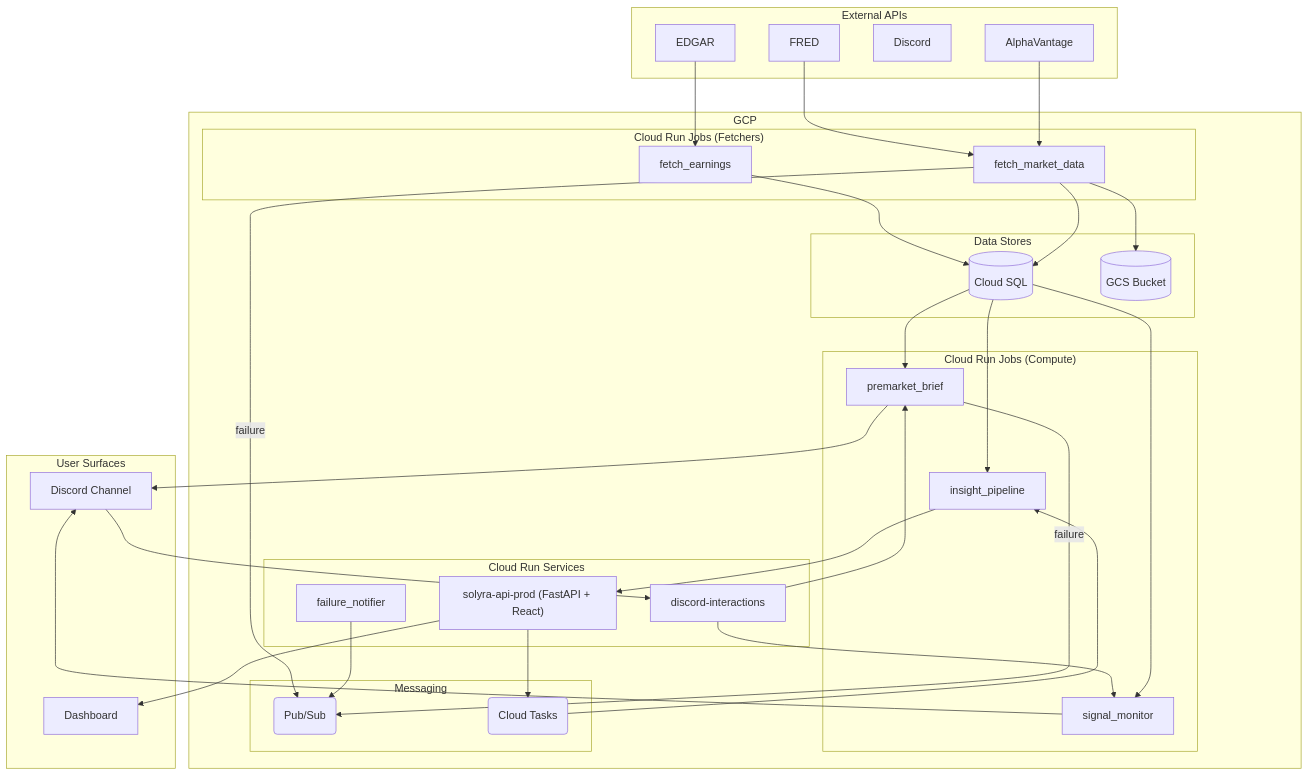
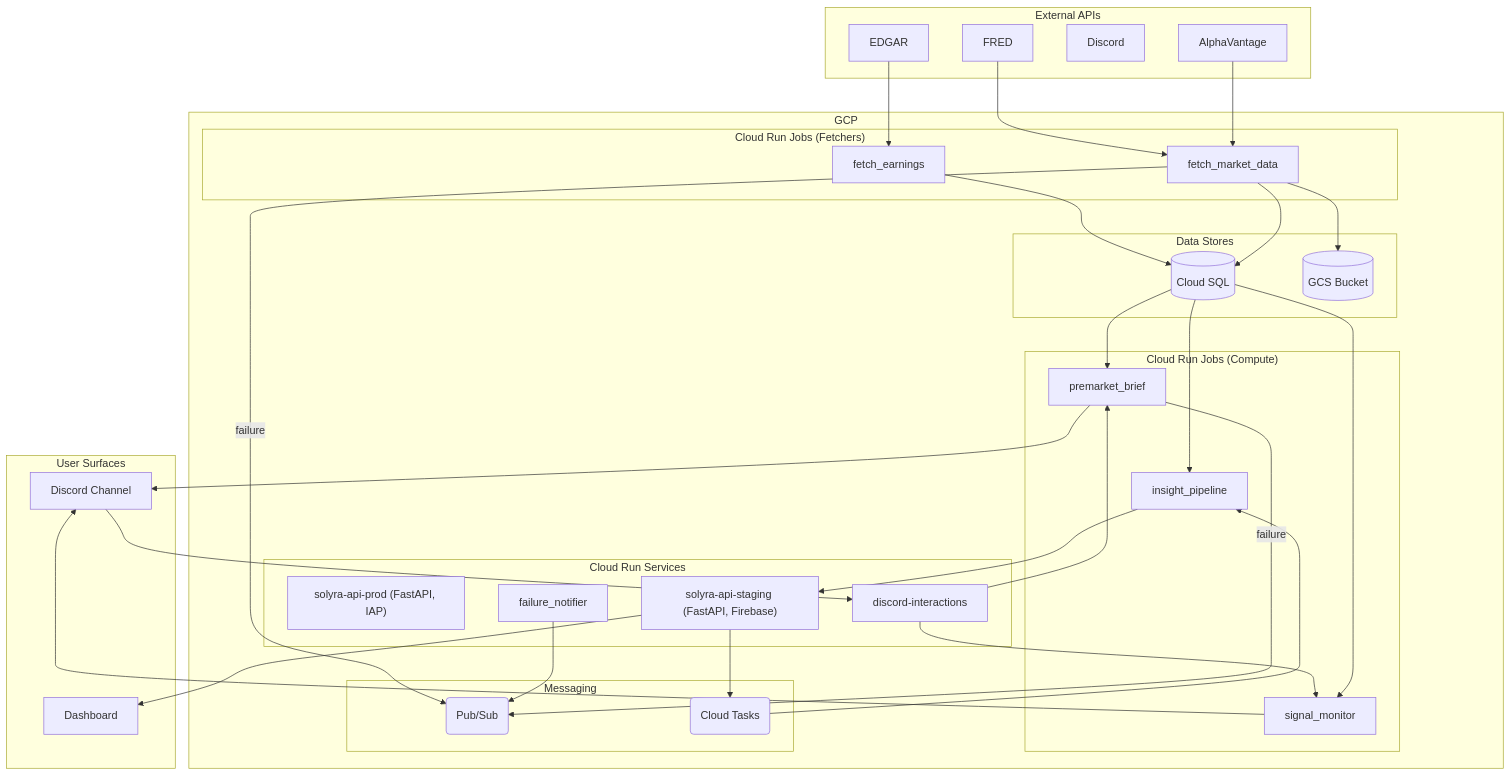
One commit to TeneikaAskew/stocks changed the diagram in ARCHITECTURE.md. Above: the diagram before and after it, drawn with Mermaid. The commit also changed 16 other files, not shown here.

````diff
--- a/ARCHITECTURE.md
+++ b/ARCHITECTURE.md
@@ -69,71 +69,72 @@
 ```mermaid
 flowchart TD
     subgraph External APIs
         AlphaVantage
         FRED
         Discord
         EDGAR
     end
 
     subgraph GCP
         subgraph "Cloud Run Services"
-            trading_platform["solyra-api-prod (FastAPI + React)"]
+            solyra_api_prod["solyra-api-prod (FastAPI, IAP)"]
+            solyra_api_staging["solyra-api-staging (FastAPI, Firebase)"]
             discord_interactions["discord-interactions"]
             failure_notifier
         end
 
         subgraph "Cloud Run Jobs (Fetchers)"
             fetch_market_data
             fetch_earnings
         end
 
         subgraph "Cloud Run Jobs (Compute)"
             premarket_brief
             signal_monitor
             insight_pipeline
         end
 
         subgraph "Data Stores"
             db[(Cloud SQL)]
             gcs[(GCS Bucket)]
         end
 
         subgraph "Messaging"
             pubsub(Pub/Sub)
             tasks(Cloud Tasks)
         end
     end
 
     subgraph User Surfaces
         user_dashboard[Dashboard]
         discord_channel[Discord Channel]
     end
 
     AlphaVantage --> fetch_market_data
     FRED --> fetch_market_data
     EDGAR --> fetch_earnings
 
     fetch_market_data --> db
     fetch_market_data --> gcs
     fetch_earnings --> db
 
     db --> premarket_brief
     db --> signal_monitor
     db --> insight_pipeline
 
     premarket_brief --> discord_channel
     signal_monitor --> discord_channel
-    insight_pipeline --> trading_platform
+    insight_pipeline --> solyra_api_staging
 
-    trading_platform --> user_dashboard
-    trading_platform --> tasks
+    solyra_api_staging --> user_dashboard
+    solyra_api_staging --> tasks
     tasks --> insight_pipeline
 
     discord_channel --> discord_interactions
     discord_interactions --> premarket_brief
     discord_interactions --> signal_monitor
 
     failure_notifier --> pubsub
     fetch_market_data -- "failure" --> pubsub
     premarket_brief -- "failure" --> pubsub
 ```
````
